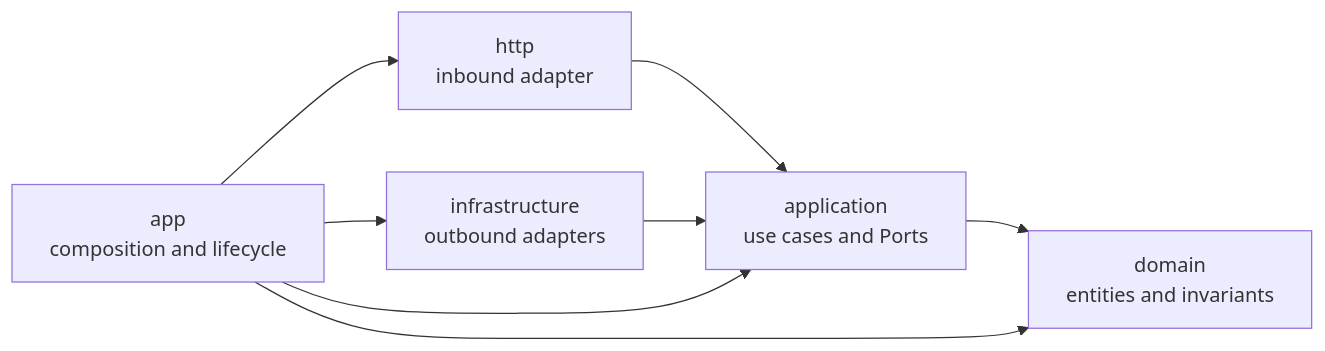
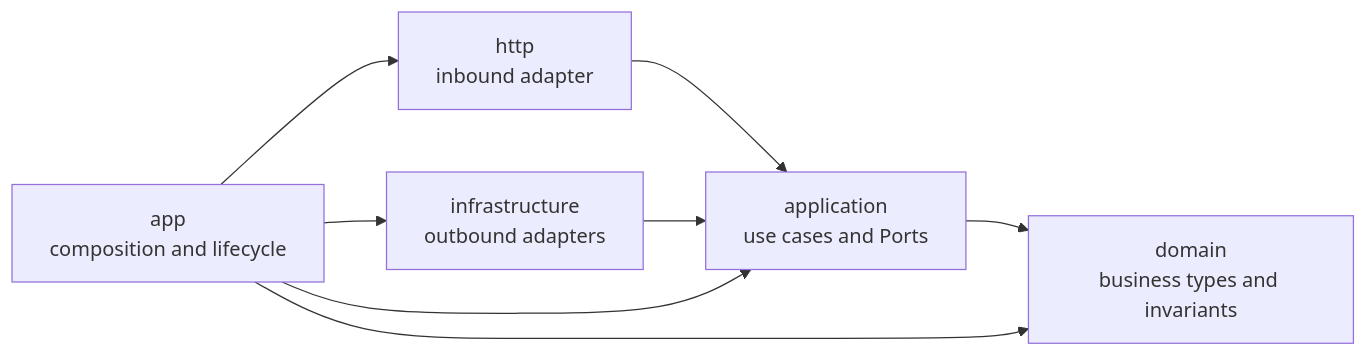
Before and after one commit to ralchemy/rust-web-foundry: the diagram in docs/guide/architecture/README.md, drawn with Mermaid. The commit also changed other lines of this file and 43 other files, not shown here.

````diff
--- a/docs/guide/architecture/README.md
+++ b/docs/guide/architecture/README.md
@@ -5,10 +5,10 @@
 ```mermaid
 flowchart LR
     HTTP["http<br/>inbound adapter"] --> APP["application<br/>use cases and Ports"]
     INFRA["infrastructure<br/>outbound adapters"] --> APP
-    APP --> DOMAIN["domain<br/>entities and invariants"]
+    APP --> DOMAIN["domain<br/>business types and invariants"]
     HOST["app<br/>composition and lifecycle"] --> HTTP
     HOST --> INFRA
     HOST --> APP
     HOST --> DOMAIN
 ```
````
